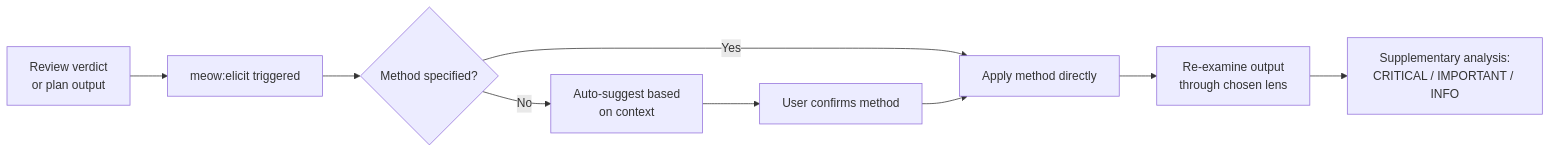
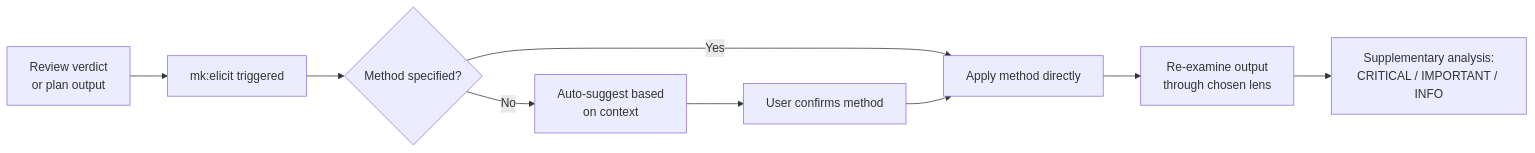
Before and after one commit to ngocsangyem/MeowKit: the diagram in website/reference/skills/elicit.md, drawn with Mermaid. The commit also changed other lines of this file and 1235 other files, not shown here.

````diff
--- a/website/reference/skills/elicit.md
+++ b/website/reference/skills/elicit.md
@@ -72,11 +72,11 @@
 ```mermaid
 flowchart LR
-    A[Review verdict\nor plan output] --> B[meow:elicit triggered]
+    A[Review verdict\nor plan output] --> B[mk:elicit triggered]
     B --> C{Method specified?}
     C -- No --> D[Auto-suggest based\non context]
     C -- Yes --> E[Apply method directly]
     D --> F[User confirms method]
     F --> E
     E --> G[Re-examine output\nthrough chosen lens]
     G --> H[Supplementary analysis:\nCRITICAL / IMPORTANT / INFO]
 ```
````
